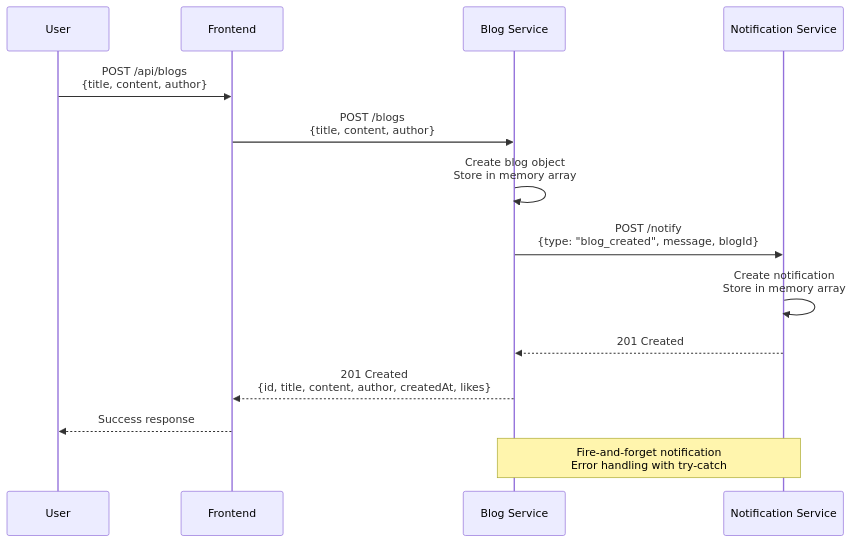
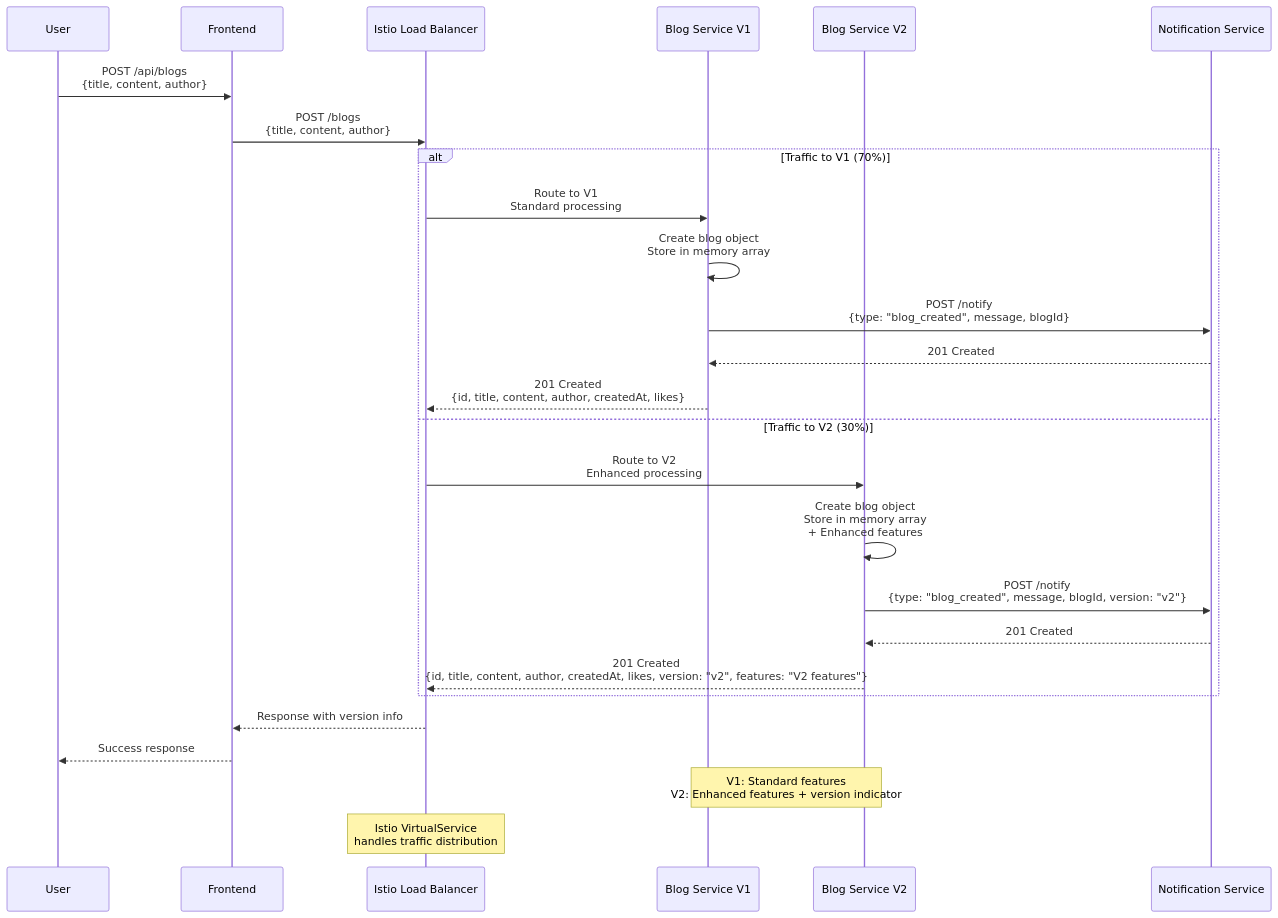
One commit to vvt911/blog-microservices changed the fifth of 14 diagrams in docs/architecture-diagrams.md. Above: the diagram before and after it, drawn with Mermaid. The commit also changed other lines of this file, not shown here.

````diff
--- a/docs/architecture-diagrams.md
+++ b/docs/architecture-diagrams.md
@@ -102,18 +234,32 @@
 ```mermaid
 sequenceDiagram
     participant U as User
     participant F as Frontend
-    participant B as Blog Service
+    participant LB as Istio Load Balancer
+    participant B1 as Blog Service V1
+    participant B2 as Blog Service V2
     participant N as Notification Service
     
     U->>F: POST /api/blogs<br/>{title, content, author}
-    F->>B: POST /blogs<br/>{title, content, author}
-    B->>B: Create blog object<br/>Store in memory array
-    B->>N: POST /notify<br/>{type: "blog_created", message, blogId}
-    N->>N: Create notification<br/>Store in memory array
-    N-->>B: 201 Created
-    B-->>F: 201 Created<br/>{id, title, content, author, createdAt, likes}
+    F->>LB: POST /blogs<br/>{title, content, author}
+    
+    alt Traffic to V1 (70%)
+        LB->>B1: Route to V1<br/>Standard processing
+        B1->>B1: Create blog object<br/>Store in memory array
+        B1->>N: POST /notify<br/>{type: "blog_created", message, blogId}
+        N-->>B1: 201 Created
+        B1-->>LB: 201 Created<br/>{id, title, content, author, createdAt, likes}
+    else Traffic to V2 (30%)
+        LB->>B2: Route to V2<br/>Enhanced processing
+        B2->>B2: Create blog object<br/>Store in memory array<br/>+ Enhanced features
+        B2->>N: POST /notify<br/>{type: "blog_created", message, blogId, version: "v2"}
+        N-->>B2: 201 Created
+        B2-->>LB: 201 Created<br/>{id, title, content, author, createdAt, likes, version: "v2", features: "V2 features"}
+    end
+    
+    LB-->>F: Response with version info
     F-->>U: Success response
     
-    Note over B,N: Fire-and-forget notification<br/>Error handling with try-catch
+    Note over B1,B2: V1: Standard features<br/>V2: Enhanced features + version indicator
+    Note over LB: Istio VirtualService<br/>handles traffic distribution
 ```
````
